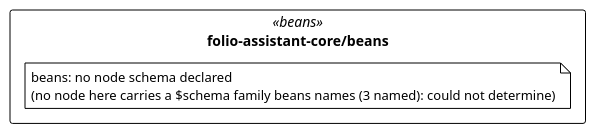
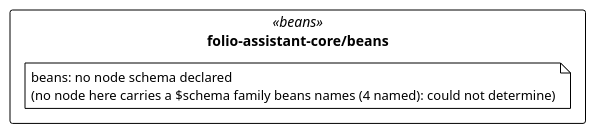
One commit to litlfred/cat-harness changed the diagram in uml/overview/folio-assistant-core/beans.puml. Above: the diagram before and after it, drawn with PlantUML. The commit also changed 398 other files, not shown here.

First line of the commit message:
regen: generated artefacts at folio-assistant#2529's 2026-10-12 pins

```diff
--- a/uml/overview/folio-assistant-core/beans.puml
+++ b/uml/overview/folio-assistant-core/beans.puml
@@ -3,13 +3,13 @@
 @startuml folio_assistant_core_beans
 !pragma layout elk
 !theme plain
 skinparam classAttributeIconSize 0
 skinparam shadowing false
 skinparam packageStyle rectangle
 hide empty methods
 
 package "folio-assistant-core/beans" as pkg_folio_assistant_core_beans <<beans>> {
-  note "beans: no node schema declared\n(no node here carries a $schema family beans names (3 named): could not determine)" as n_folio_assistant_core_beans_beans
+  note "beans: no node schema declared\n(no node here carries a $schema family beans names (4 named): could not determine)" as n_folio_assistant_core_beans_beans
 }
 
 @enduml
```
